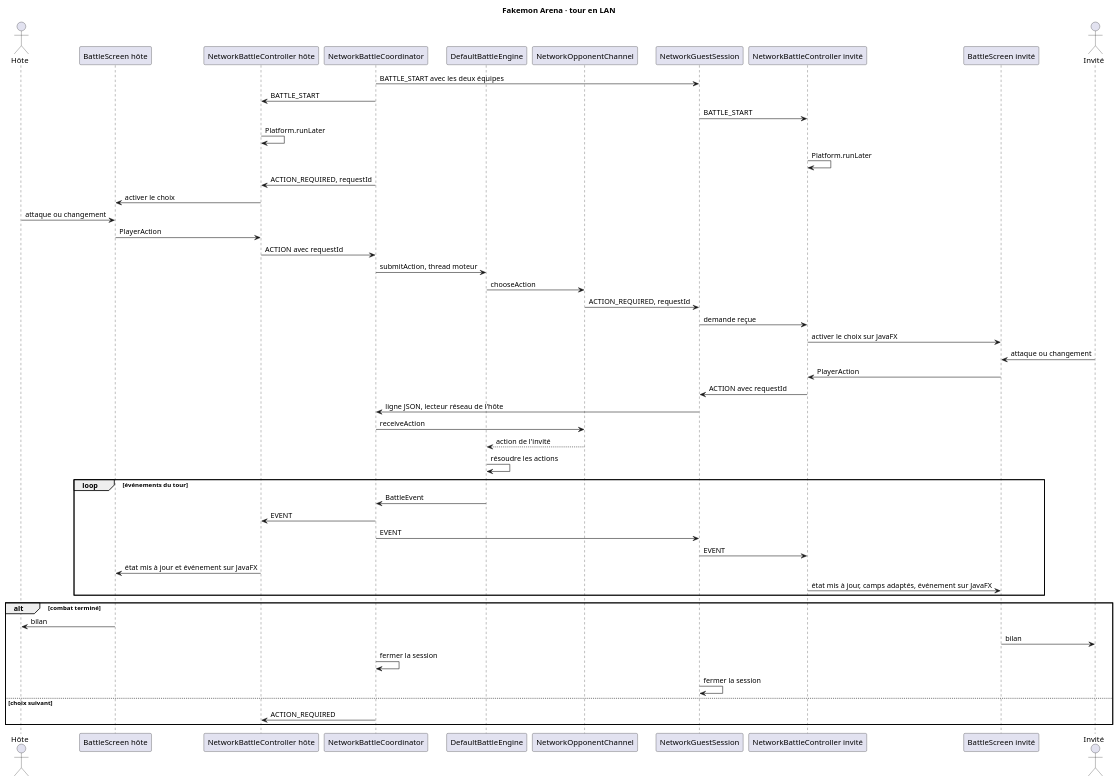
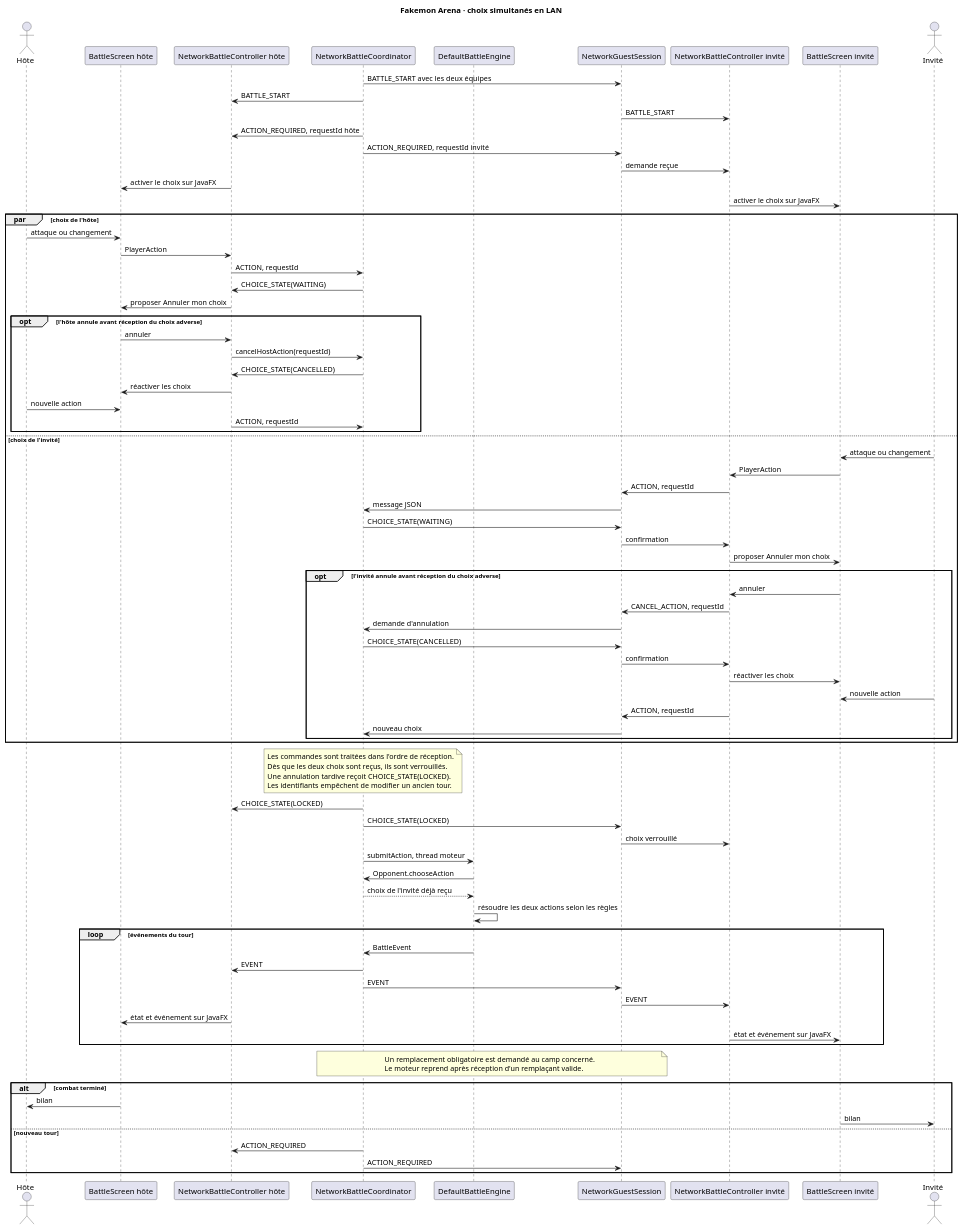
One commit to OnerAliCan/fakemon-arena changed the diagram in docs/uml/sequence-lan.puml. Above: the diagram before and after it, drawn with PlantUML. The commit also changed 14 other files, not shown here.

First line of the commit message:
feat: ajoute les combats en LAN avec lobby hôte et invité (#35) (#69)

```diff
--- a/docs/uml/sequence-lan.puml
+++ b/docs/uml/sequence-lan.puml
@@ -1,55 +1,93 @@
 @startuml sequence-lan
 skinparam dpi 110
 skinparam shadowing false
 skinparam defaultFontName "Segoe UI"
-title Fakemon Arena · tour en LAN
+title Fakemon Arena · choix simultanés en LAN
 actor Hôte
 participant "BattleScreen hôte" as HostUI
 participant "NetworkBattleController hôte" as HostController
 participant "NetworkBattleCoordinator" as Coordinator
 participant "DefaultBattleEngine" as Engine
-participant "NetworkOpponentChannel" as Opponent
 participant "NetworkGuestSession" as Guest
 participant "NetworkBattleController invité" as GuestController
 participant "BattleScreen invité" as GuestUI
 actor Invité
 
 Coordinator -> Guest : BATTLE_START avec les deux équipes
 Coordinator -> HostController : BATTLE_START
 Guest -> GuestController : BATTLE_START
-HostController -> HostController : Platform.runLater
-GuestController -> GuestController : Platform.runLater
-Coordinator -> HostController : ACTION_REQUIRED, requestId
-HostController -> HostUI : activer le choix
-Hôte -> HostUI : attaque ou changement
-HostUI -> HostController : PlayerAction
-HostController -> Coordinator : ACTION avec requestId
+Coordinator -> HostController : ACTION_REQUIRED, requestId hôte
+Coordinator -> Guest : ACTION_REQUIRED, requestId invité
+Guest -> GuestController : demande reçue
+HostController -> HostUI : activer le choix sur JavaFX
+GuestController -> GuestUI : activer le choix sur JavaFX
+
+par choix de l'hôte
+  Hôte -> HostUI : attaque ou changement
+  HostUI -> HostController : PlayerAction
+  HostController -> Coordinator : ACTION, requestId
+  Coordinator -> HostController : CHOICE_STATE(WAITING)
+  HostController -> HostUI : proposer Annuler mon choix
+  opt l'hôte annule avant réception du choix adverse
+    HostUI -> HostController : annuler
+    HostController -> Coordinator : cancelHostAction(requestId)
+    Coordinator -> HostController : CHOICE_STATE(CANCELLED)
+    HostController -> HostUI : réactiver les choix
+    Hôte -> HostUI : nouvelle action
+    HostController -> Coordinator : ACTION, requestId
+  end
+else choix de l'invité
+  Invité -> GuestUI : attaque ou changement
+  GuestUI -> GuestController : PlayerAction
+  GuestController -> Guest : ACTION, requestId
+  Guest -> Coordinator : message JSON
+  Coordinator -> Guest : CHOICE_STATE(WAITING)
+  Guest -> GuestController : confirmation
+  GuestController -> GuestUI : proposer Annuler mon choix
+  opt l'invité annule avant réception du choix adverse
+    GuestUI -> GuestController : annuler
+    GuestController -> Guest : CANCEL_ACTION, requestId
+    Guest -> Coordinator : demande d'annulation
+    Coordinator -> Guest : CHOICE_STATE(CANCELLED)
+    Guest -> GuestController : confirmation
+    GuestController -> GuestUI : réactiver les choix
+    Invité -> GuestUI : nouvelle action
+    GuestController -> Guest : ACTION, requestId
+    Guest -> Coordinator : nouveau choix
+  end
+end
+
+note over Coordinator
+  Les commandes sont traitées dans l'ordre de réception.
+  Dès que les deux choix sont reçus, ils sont verrouillés.
+  Une annulation tardive reçoit CHOICE_STATE(LOCKED).
+  Les identifiants empêchent de modifier un ancien tour.
+end note
+
+Coordinator -> HostController : CHOICE_STATE(LOCKED)
+Coordinator -> Guest : CHOICE_STATE(LOCKED)
+Guest -> GuestController : choix verrouillé
 Coordinator -> Engine : submitAction, thread moteur
-Engine -> Opponent : chooseAction
-Opponent -> Guest : ACTION_REQUIRED, requestId
-Guest -> GuestController : demande reçue
-GuestController -> GuestUI : activer le choix sur JavaFX
-Invité -> GuestUI : attaque ou changement
-GuestUI -> GuestController : PlayerAction
-GuestController -> Guest : ACTION avec requestId
-Guest -> Coordinator : ligne JSON, lecteur réseau de l'hôte
-Coordinator -> Opponent : receiveAction
-Opponent --> Engine : action de l'invité
-Engine -> Engine : résoudre les actions
+Engine -> Coordinator : Opponent.chooseAction
+Coordinator --> Engine : choix de l'invité déjà reçu
+Engine -> Engine : résoudre les deux actions selon les règles
 loop événements du tour
   Engine -> Coordinator : BattleEvent
   Coordinator -> HostController : EVENT
   Coordinator -> Guest : EVENT
   Guest -> GuestController : EVENT
-  HostController -> HostUI : état mis à jour et événement sur JavaFX
-  GuestController -> GuestUI : état mis à jour, camps adaptés, événement sur JavaFX
+  HostController -> HostUI : état et événement sur JavaFX
+  GuestController -> GuestUI : état et événement sur JavaFX
 end
+note over Coordinator, Guest
+  Un remplacement obligatoire est demandé au camp concerné.
+  Le moteur reprend après réception d'un remplaçant valide.
+end note
 alt combat terminé
   HostUI -> Hôte : bilan
   GuestUI -> Invité : bilan
-  Coordinator -> Coordinator : fermer la session
-  Guest -> Guest : fermer la session
-else choix suivant
+else nouveau tour
   Coordinator -> HostController : ACTION_REQUIRED
+  Coordinator -> Guest : ACTION_REQUIRED
 end
 @enduml
```
